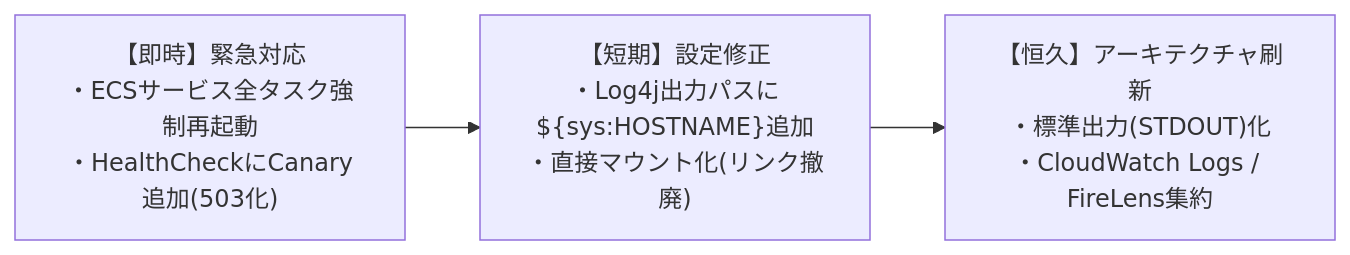
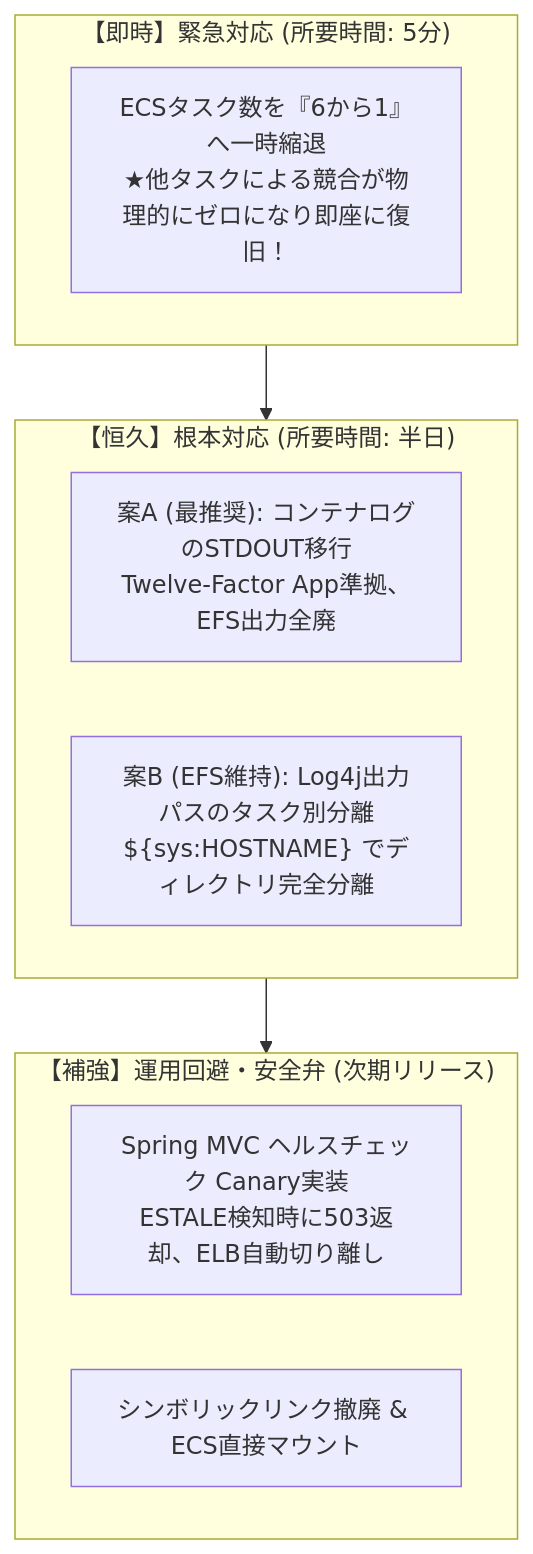
Before and after one commit to ProjectRubyRing/Log_Stale_Handle_Agy: the fourth of 4 diagrams in EFS_Log_Stale_File_Handle_Comprehensive_Whitepaper.md, drawn with Mermaid. The commit also changed other lines of this file and 3 other files, not shown here.

````diff
--- a/EFS_Log_Stale_File_Handle_Comprehensive_Whitepaper.md
+++ b/EFS_Log_Stale_File_Handle_Comprehensive_Whitepaper.md
@@ -757,8 +641,19 @@
 ```mermaid
-flowchart LR
-    Phase1["【即時】緊急対応<br/>・ECSサービス全タスク強制再起動<br/>・HealthCheckにCanary追加(503化)"]
-    Phase2["【短期】設定修正<br/>・Log4j出力パスに${sys:HOSTNAME}追加<br/>・直接マウント化(リンク撤廃)"]
-    Phase3["【恒久】アーキテクチャ刷新<br/>・標準出力(STDOUT)化<br/>・CloudWatch Logs / FireLens集約"]
+flowchart TD
+    subgraph Phase1 ["【即時】緊急対応 (所要時間: 5分)"]
+        P1["ECSタスク数を『6から1』へ一時縮退<br/>★他タスクによる競合が物理的にゼロになり即座に復旧！"]
+    end
 
-    Phase1 --> Phase2 --> Phase3
+    subgraph Phase2 ["【恒久】根本対応 (所要時間: 半日)"]
+        P2A["案A (最推奨): コンテナログのSTDOUT移行<br/>Twelve-Factor App準拠、EFS出力全廃"]
+        P2B["案B (EFS維持): Log4j出力パスのタスク別分離<br/>${sys:HOSTNAME} でディレクトリ完全分離"]
+    end
+
+    subgraph Phase3 ["【補強】運用回避・安全弁 (次期リリース)"]
+        P3A["Spring MVC ヘルスチェック Canary実装<br/>ESTALE検知時に503返却、ELB自動切り離し"]
+        P3B["シンボリックリンク撤廃 & ECS直接マウント"]
+    end
+
+    Phase1 --> Phase2
+    Phase2 --> Phase3
 ```
````
